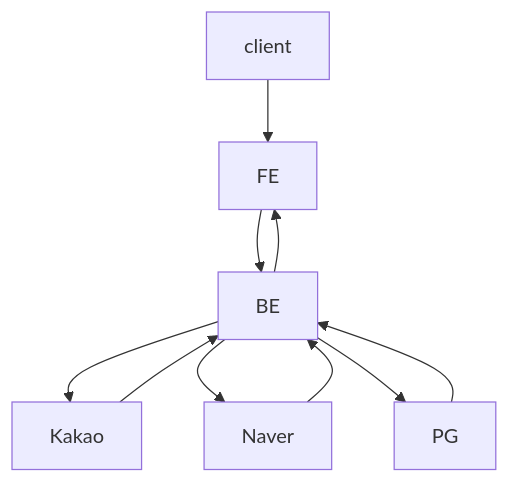
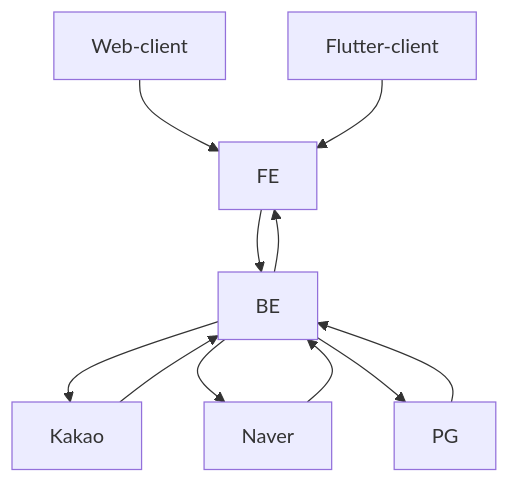
The diagram in README.md (ahyeon1117/petCare), drawn with Mermaid before and after one commit. The commit also changed other lines of this file, not shown here.

````diff
--- a/README.md
+++ b/README.md
@@ -20,7 +20,7 @@
 ```mermaid
 flowchart TB
 
-client --> FE -->  BE --> Kakao & Naver & PG
+Web-client & Flutter-client --> FE -->  BE --> Kakao & Naver & PG
 Kakao & Naver & PG --> BE
 BE --> FE
 ```
````
